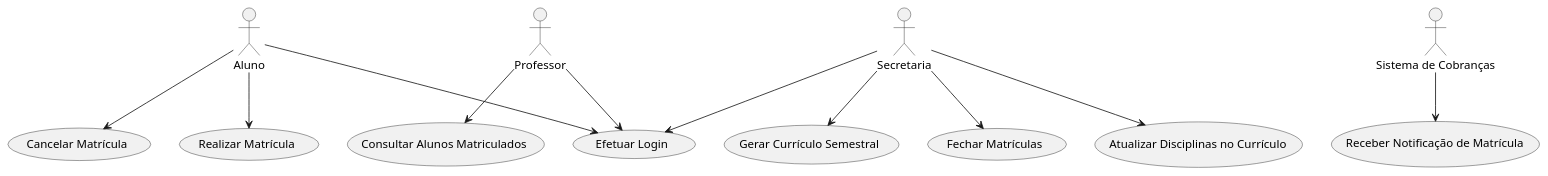
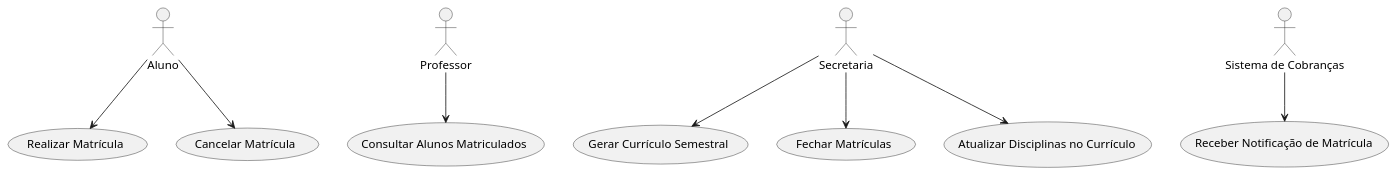
Before and after one commit to diascw/sistema-de-matricula: the diagram in project/diagramas/diagrama-caso-de-uso.puml, drawn with PlantUML.

Commit message:
atualização pós correção

```diff
--- a/project/diagramas/diagrama-caso-de-uso.puml
+++ b/project/diagramas/diagrama-caso-de-uso.puml
@@ -1,22 +1,20 @@
 @startuml
 
 actor "Aluno" as Aluno
 actor "Professor" as Professor
 actor "Secretaria" as Secretaria
 actor "Sistema de Cobranças" as Cobranças
 
-Aluno --> (Efetuar Login)
 Aluno --> (Realizar Matrícula)
 Aluno --> (Cancelar Matrícula)
 
-Professor --> (Efetuar Login)
+
 Professor --> (Consultar Alunos Matriculados)
 
-Secretaria --> (Efetuar Login)
 Secretaria --> (Gerar Currículo Semestral)
 Secretaria --> (Fechar Matrículas)
 Secretaria --> (Atualizar Disciplinas no Currículo)
 
 Cobranças --> (Receber Notificação de Matrícula)
 
 @enduml
```
